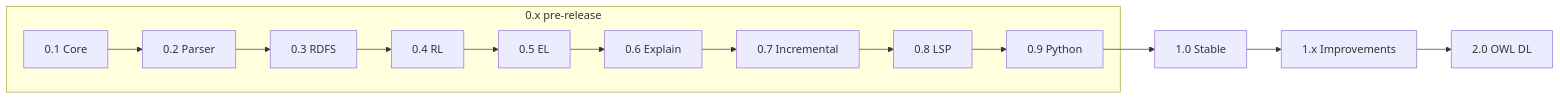
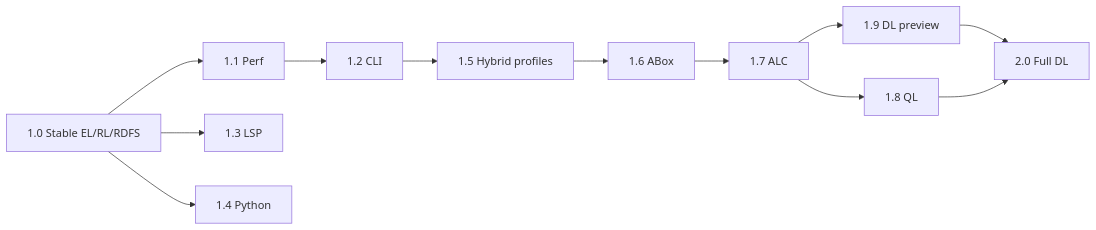
The second of 2 diagrams in ROADMAP.md (eddiethedean/ontologos), drawn with Mermaid before and after one commit. The commit also changed other lines of this file and 22 other files, not shown here.

First line of the commit message:
Add PyPI packaging, reasoner research, and roadmap refinements.

````diff
--- a/ROADMAP.md
+++ b/ROADMAP.md
@@ -28,18 +544,23 @@
 ```mermaid
 flowchart LR
-  subgraph preRelease [0.x pre-release]
-    v01[0.1 Core]
-    v02[0.2 Parser]
-    v03[0.3 RDFS]
-    v04[0.4 RL]
-    v05[0.5 EL]
-    v06[0.6 Explain]
-    v07[0.7 Incremental]
-    v08[0.8 LSP]
-    v09[0.9 Python]
-    v01 --> v02 --> v03 --> v04 --> v05 --> v06 --> v07 --> v08 --> v09
-  end
-  v09 --> v10[1.0 Stable]
-  v10 --> v11[1.x Improvements]
-  v11 --> v20[2.0 OWL DL]
+  v10[1.0 Stable EL/RL/RDFS]
+  v11[1.1 Perf]
+  v12[1.2 CLI]
+  v13[1.3 LSP]
+  v14[1.4 Python]
+  v15[1.5 Hybrid profiles]
+  v16[1.6 ABox]
+  v17[1.7 ALC]
+  v18[1.8 QL]
+  v19[1.9 DL preview]
+  v20[2.0 Full DL]
+
+  v10 --> v11 --> v12
+  v10 --> v13
+  v10 --> v14
+  v12 --> v15
+  v15 --> v16 --> v17 --> v19
+  v17 --> v18
+  v19 --> v20
+  v18 --> v20
 ```
````
